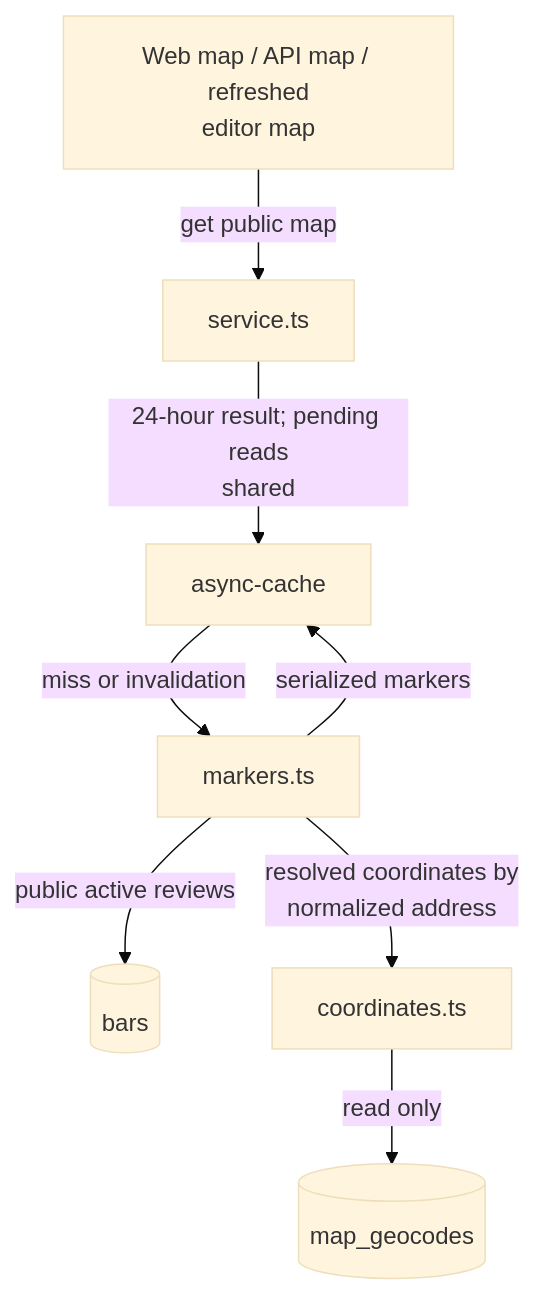
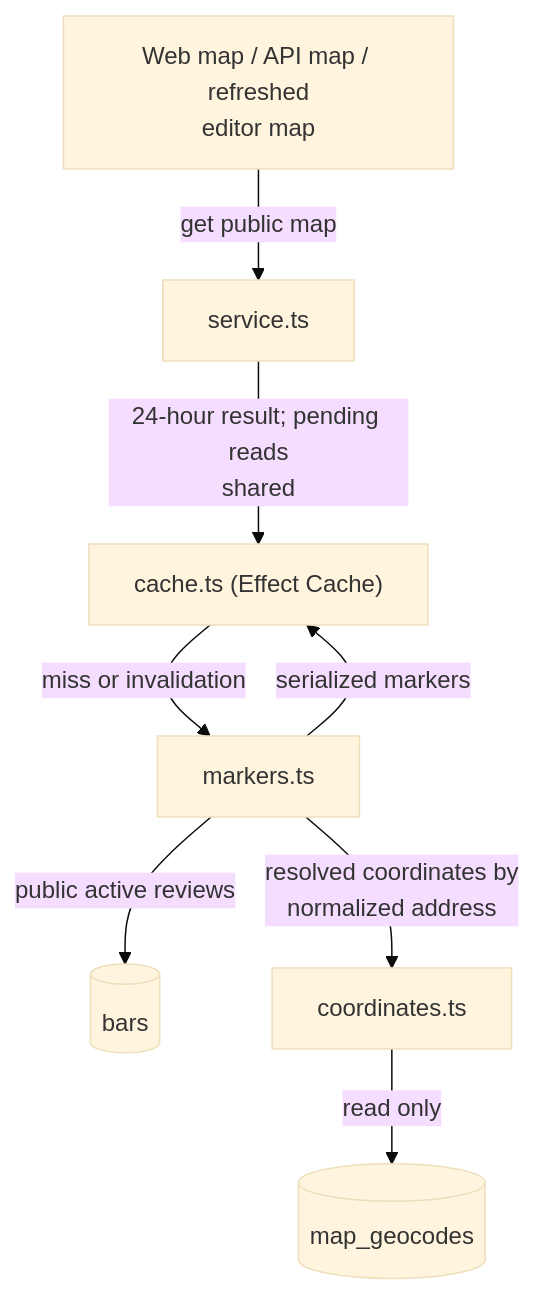
The first of 2 diagrams in src/lib/server/map/README.md (jonathan-lindqvist/enstorstarkreview), drawn with Mermaid (base theme) before and after one commit. The commit also changed other lines of this file and 21 other files, not shown here.

````diff
--- a/src/lib/server/map/README.md
+++ b/src/lib/server/map/README.md
@@ -12,10 +13,10 @@
 ```mermaid
 flowchart TD
     Caller["Web map / API map / refreshed<br/>editor map"] -->|"get public map"| Service["service.ts"]
-    Service -->|"24-hour result; pending reads<br/>shared"| Cache["async-cache"]
+    Service -->|"24-hour result; pending reads<br/>shared"| Cache["cache.ts (Effect Cache)"]
     Cache -->|"miss or invalidation"| Markers["markers.ts"]
     Markers -->|"public active reviews"| Bars[("bars")]
     Markers -->|"resolved coordinates by<br/>normalized address"| Coordinates["coordinates.ts"]
     Coordinates -->|"read only"| Geocodes[("map_geocodes")]
     Markers -->|"serialized markers"| Cache
 ```
````
